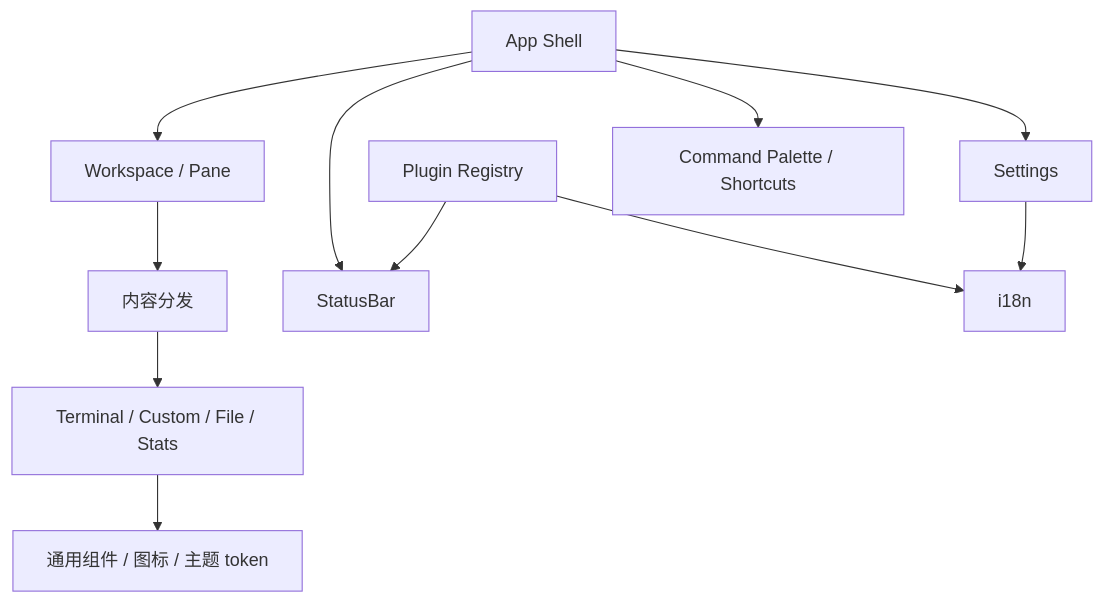
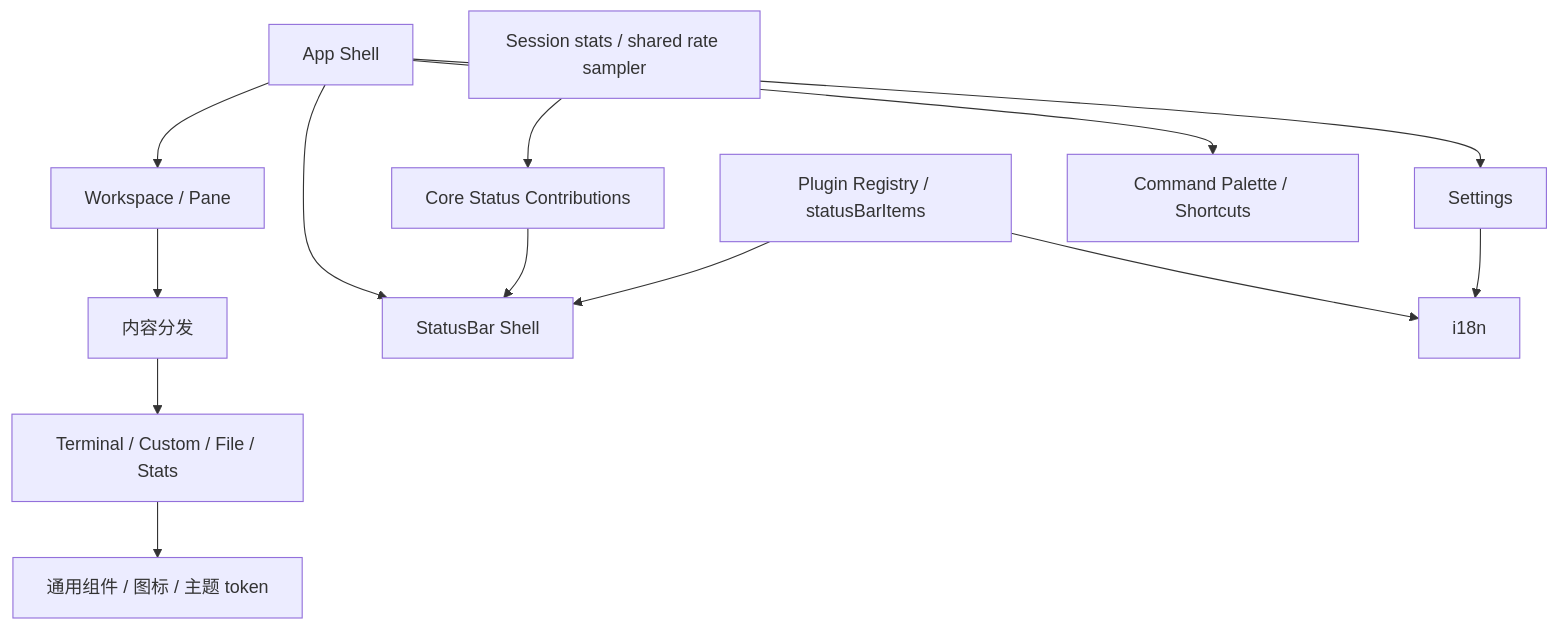
Before and after one commit to hamburger-os/TauTerm: the diagram in docs/modules/UI_FOUNDATION.md, drawn with Mermaid. The commit also changed other lines of this file and 20 other files, not shown here.

First line of the commit message:
refactor: clean up status bar architecture

````diff
--- a/docs/modules/UI_FOUNDATION.md
+++ b/docs/modules/UI_FOUNDATION.md
@@ -39,13 +45,15 @@
 ```mermaid
 flowchart TB
   App["App Shell"] --> Workspace["Workspace / Pane"]
   Workspace --> Dispatcher["内容分发"]
   Dispatcher --> Renderer["Terminal / Custom / File / Stats"]
-  App --> StatusBar["StatusBar"]
-  Plugin["Plugin Registry"] --> StatusBar
+  App --> StatusBar["StatusBar Shell"]
+  Core["Core Status Contributions"] --> StatusBar
+  Plugin["Plugin Registry / statusBarItems"] --> StatusBar
+  Metrics["Session stats / shared rate sampler"] --> Core
   Plugin --> I18N["i18n"]
   App --> Settings["Settings"]
   App --> Command["Command Palette / Shortcuts"]
   Settings --> I18N
   Renderer --> Shared["通用组件 / 图标 / 主题 token"]
 ```
````
